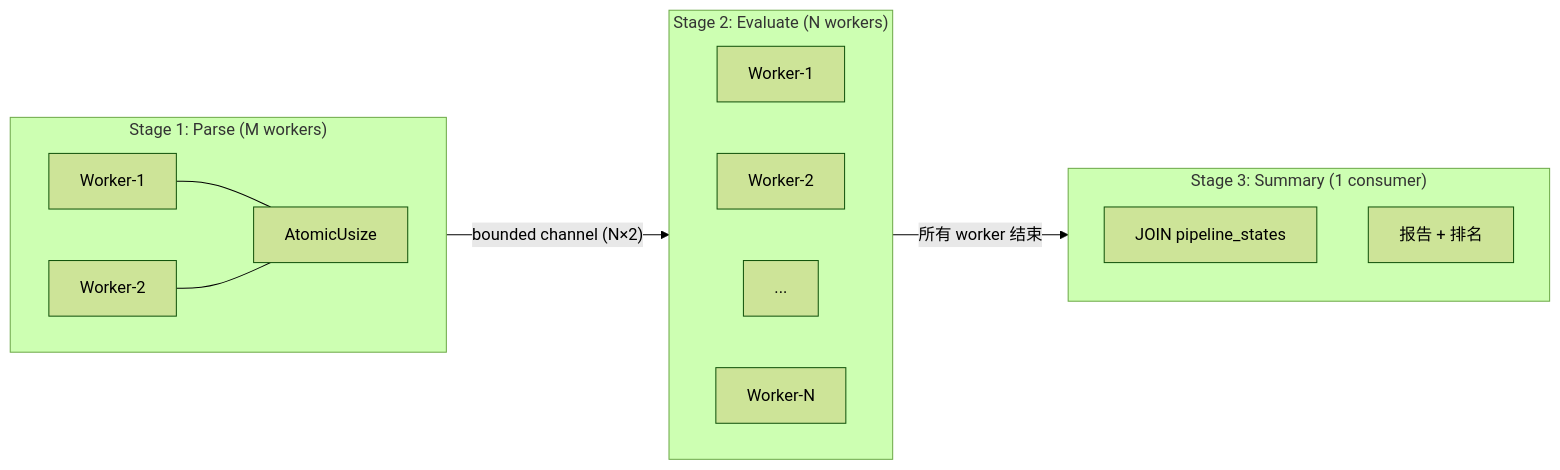
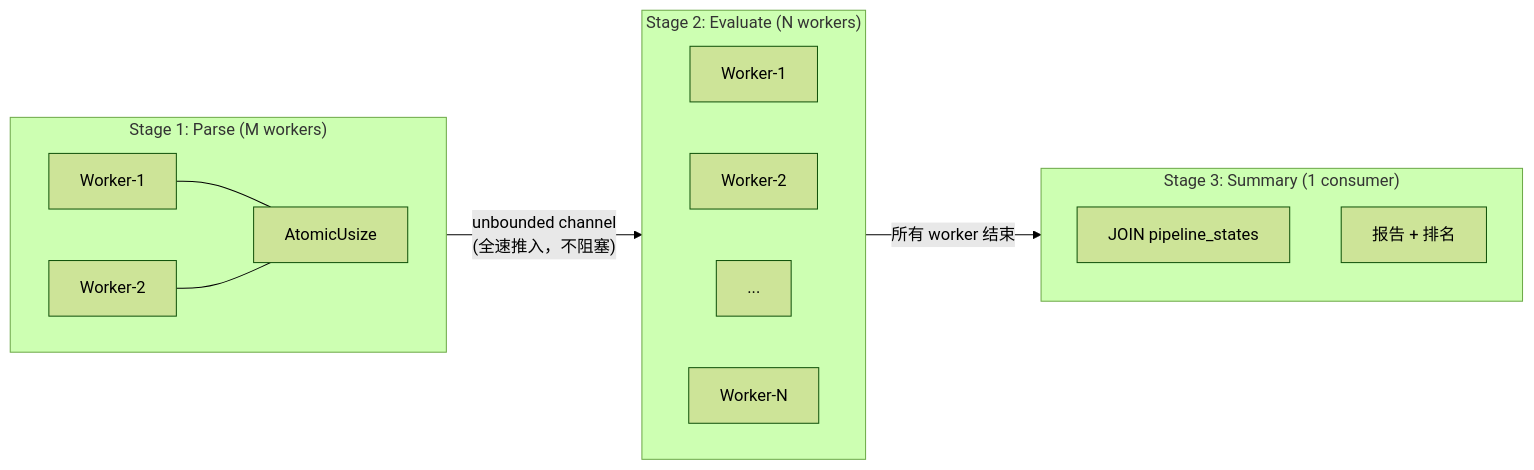
The first of 7 diagrams in docs/architecture/pipeline-concurrency.md (MT-SUPER-POWER/ResumeAgent), drawn with Mermaid (forest theme) before and after one commit. The commit also changed other lines of this file, not shown here.

Commit message:
docs: switch to flume unbounded MPMC channel, explain EOF via sender drop

````diff
--- a/docs/architecture/pipeline-concurrency.md
+++ b/docs/architecture/pipeline-concurrency.md
@@ -9,27 +9,27 @@
 ```mermaid
 flowchart LR
   subgraph S1["Stage 1: Parse (M workers)"]
     direction LR
     W1["Worker-1"]
     W2["Worker-2"]
     index["AtomicUsize"]
     W1 --- index
     W2 --- index
   end
 
   subgraph S2["Stage 2: Evaluate (N workers)"]
     direction LR
     E1["Worker-1"]
     E2["Worker-2"]
     E3["..."]
     E4["Worker-N"]
   end
 
   subgraph S3["Stage 3: Summary (1 consumer)"]
     DB["JOIN pipeline_states"]
     RPT["报告 + 排名"]
   end
 
-  S1 -->|"bounded channel (N×2)"| S2
+  S1 -->|"unbounded channel<br/>(全速推入，不阻塞)"| S2
   S2 -->|"所有 worker 结束"| S3
 ```
````
